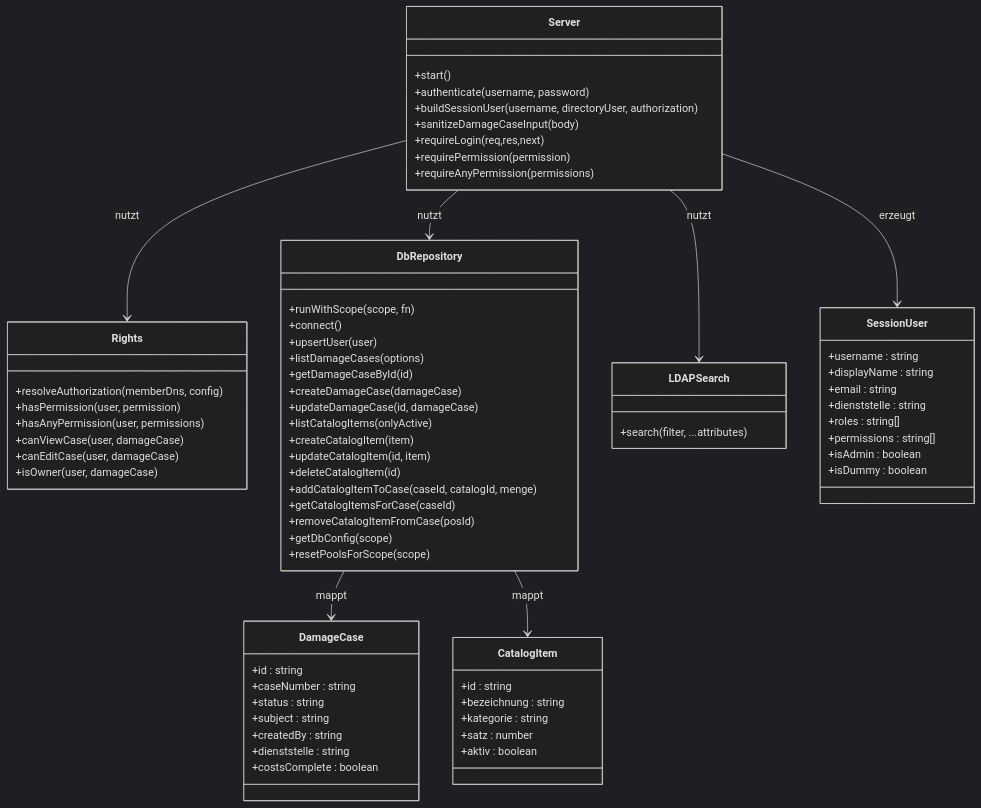
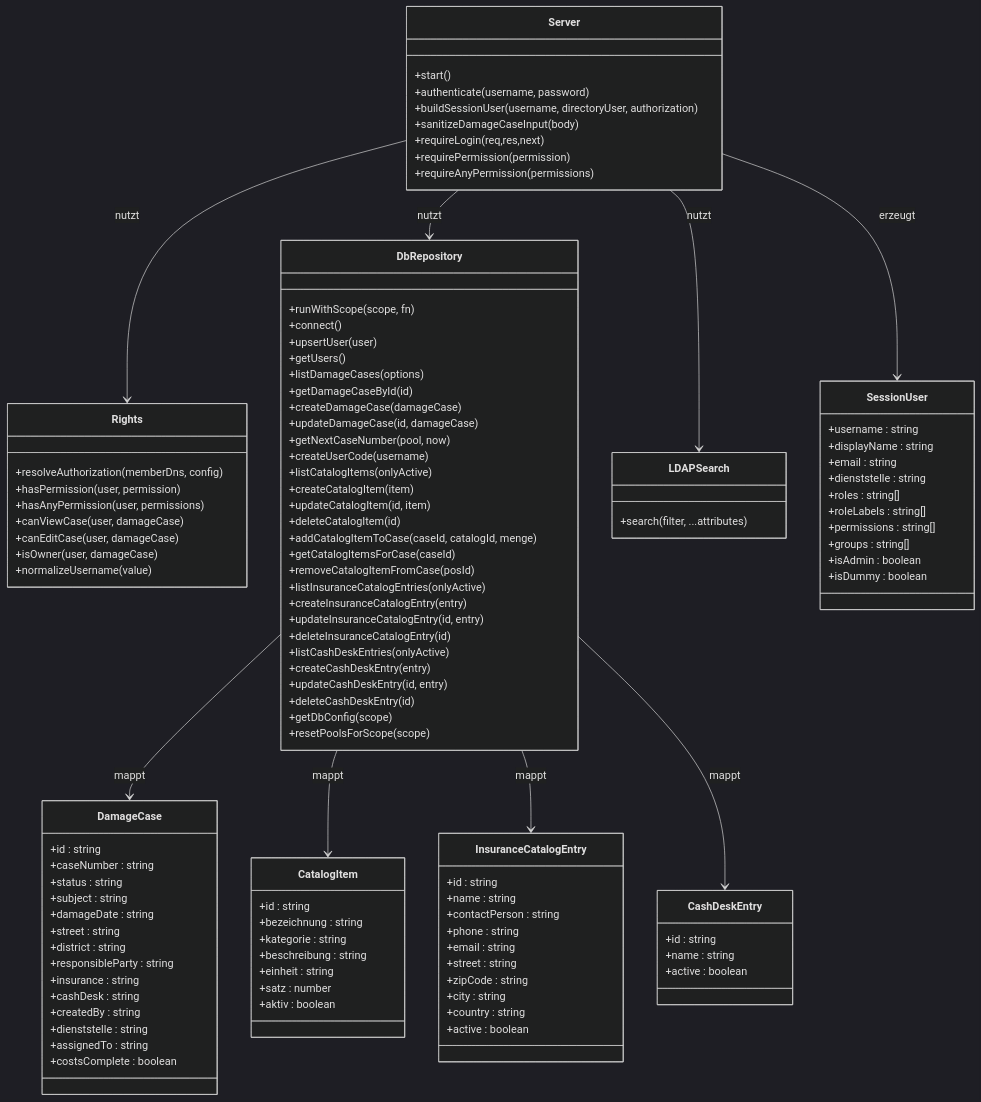
Before and after one commit to TiFuStu/sas3: the diagram in doku/diagrams/uml-diagramm.md, drawn with Mermaid (dark theme). The commit also changed 70 other files, not shown here.

````diff
--- a/doku/diagrams/uml-diagramm.md
+++ b/doku/diagrams/uml-diagramm.md
@@ -19,16 +19,20 @@
     +canViewCase(user, damageCase)
     +canEditCase(user, damageCase)
     +isOwner(user, damageCase)
+    +normalizeUsername(value)
   }
 
   class DbRepository {
     +runWithScope(scope, fn)
     +connect()
     +upsertUser(user)
+    +getUsers()
     +listDamageCases(options)
     +getDamageCaseById(id)
     +createDamageCase(damageCase)
     +updateDamageCase(id, damageCase)
+    +getNextCaseNumber(pool, now)
+    +createUserCode(username)
     +listCatalogItems(onlyActive)
     +createCatalogItem(item)
     +updateCatalogItem(id, item)
@@ -36,6 +40,14 @@
     +addCatalogItemToCase(caseId, catalogId, menge)
     +getCatalogItemsForCase(caseId)
     +removeCatalogItemFromCase(posId)
+    +listInsuranceCatalogEntries(onlyActive)
+    +createInsuranceCatalogEntry(entry)
+    +updateInsuranceCatalogEntry(id, entry)
+    +deleteInsuranceCatalogEntry(id)
+    +listCashDeskEntries(onlyActive)
+    +createCashDeskEntry(entry)
+    +updateCashDeskEntry(id, entry)
+    +deleteCashDeskEntry(id)
     +getDbConfig(scope)
     +resetPoolsForScope(scope)
   }
@@ -50,7 +62,9 @@
     +email : string
     +dienststelle : string
     +roles : string[]
+    +roleLabels : string[]
     +permissions : string[]
+    +groups : string[]
     +isAdmin : boolean
     +isDummy : boolean
   }
@@ -60,8 +74,15 @@
     +caseNumber : string
     +status : string
     +subject : string
+    +damageDate : string
+    +street : string
+    +district : string
+    +responsibleParty : string
+    +insurance : string
+    +cashDesk : string
     +createdBy : string
     +dienststelle : string
+    +assignedTo : string
     +costsComplete : boolean
   }
 
@@ -69,8 +90,29 @@
     +id : string
     +bezeichnung : string
     +kategorie : string
+    +beschreibung : string
+    +einheit : string
     +satz : number
     +aktiv : boolean
+  }
+
+  class InsuranceCatalogEntry {
+    +id : string
+    +name : string
+    +contactPerson : string
+    +phone : string
+    +email : string
+    +street : string
+    +zipCode : string
+    +city : string
+    +country : string
+    +active : boolean
+  }
+
+  class CashDeskEntry {
+    +id : string
+    +name : string
+    +active : boolean
   }
 
   Server --> Rights : nutzt
@@ -79,4 +121,6 @@
   Server --> SessionUser : erzeugt
   DbRepository --> DamageCase : mappt
   DbRepository --> CatalogItem : mappt
+  DbRepository --> InsuranceCatalogEntry : mappt
+  DbRepository --> CashDeskEntry : mappt
 ```
````
